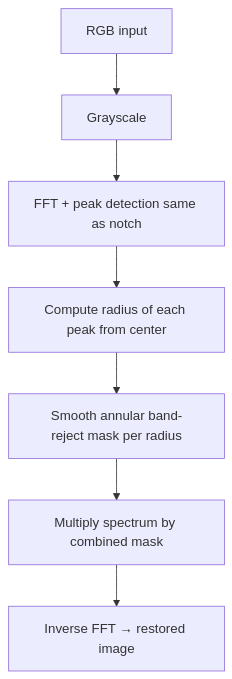
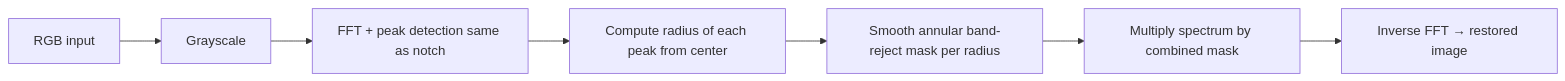
One commit to Zeyad-Ahmed2005/Basic-Photo-Editor changed diagram 12 of 20 in README.md. Above: the diagram before and after it, drawn with Mermaid. The commit also changed other lines of this file, not shown here.

````diff
--- a/README.md
+++ b/README.md
@@ -206,9 +206,9 @@
 ```mermaid
-flowchart TD
+flowchart LR
   A[RGB input] --> B[Grayscale]
   B --> C[FFT + peak detection same as notch]
   C --> D[Compute radius of each peak from center]
   D --> E[Smooth annular band-reject mask per radius]
   E --> F[Multiply spectrum by combined mask]
   F --> G[Inverse FFT → restored image]
 ```
````
